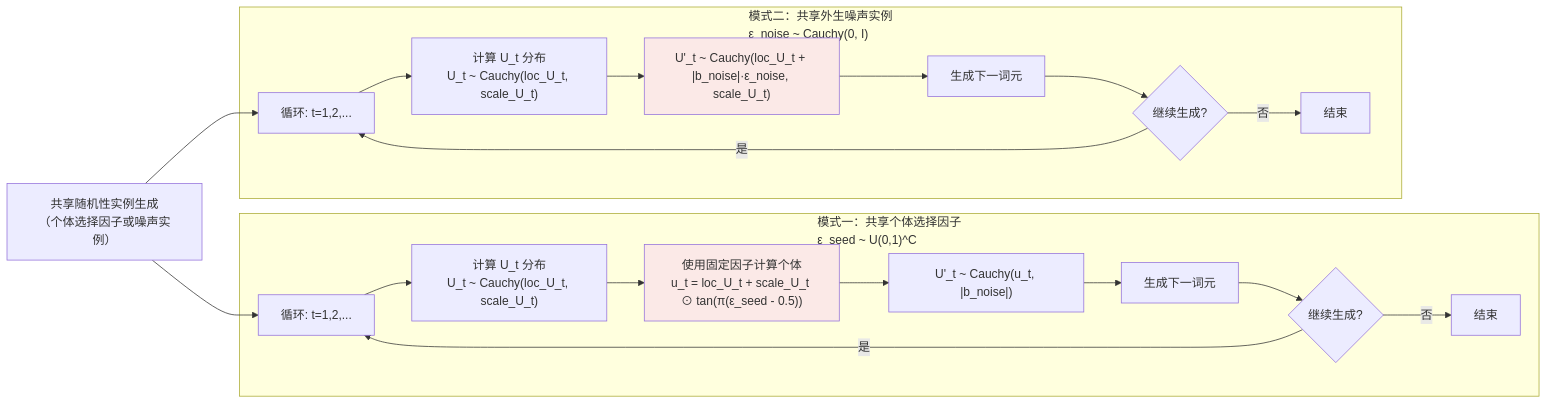
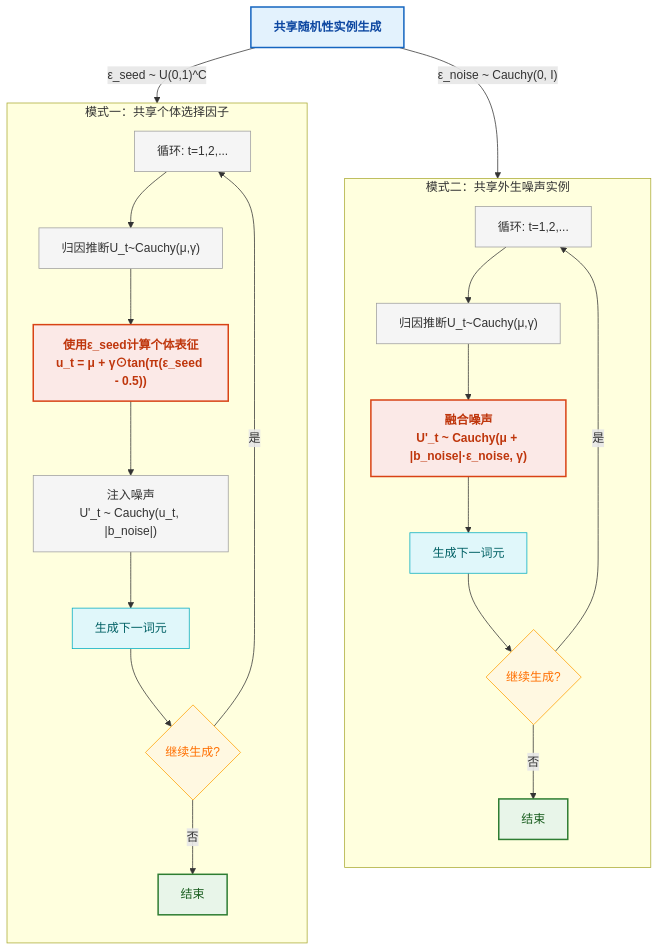
Before and after one commit to 1587causalai/CausalQwen: diagram 12 of 16 in design-docs/causal_qwen_text_only.md, drawn with Mermaid. The commit also changed other lines of this file, not shown here.

````diff
--- a/design-docs/causal_qwen_text_only.md
+++ b/design-docs/causal_qwen_text_only.md
@@ -517,31 +520,57 @@
 ```mermaid
-graph LR
-    start_point["共享随机性实例生成<br>（个体选择因子或噪声实例）"]
-
-    start_point --> C1
-    start_point --> C2
-
-    subgraph "模式一：共享个体选择因子<br>ε_seed ~ U(0,1)^C"
-        C1["循环: t=1,2,..."]
-        C1 --> D1["计算 U_t 分布<br>U_t ~ Cauchy(loc_U_t, scale_U_t)"]
-        D1 --> E1["使用固定因子计算个体<br>u_t = loc_U_t + scale_U_t ⊙ tan(π(ε_seed - 0.5))"]
-        E1 --> F1["U'_t ~ Cauchy(u_t, |b_noise|)"]
-        F1 --> G1["生成下一词元"]
-        G1 --> H1{继续生成?}
+graph TB
+    %% 改进的流程图布局 - 从上到下的方向更清晰
+    
+    start_point["共享随机性实例生成"]:::startNode
+    
+    start_point --> |"ε_seed ~ U(0,1)^C"| mode1
+    start_point --> |"ε_noise ~ Cauchy(0, I)"| mode2
+    
+    subgraph mode1 ["模式一：共享个体选择因子"]
+        direction TB
+        C1["循环: t=1,2,..."]:::processNode
+        D1["归因推断U_t~Cauchy(μ,γ)"]:::processNode
+        E1["使用ε_seed计算个体表征<br>u_t = μ + γ⊙tan(π(ε_seed - 0.5))"]:::highlightNode
+        F1["注入噪声<br>U'_t ~ Cauchy(u_t, |b_noise|)"]:::processNode
+        G1["生成下一词元"]:::outputNode
+        H1{"继续生成?"}:::decisionNode
+        I1["结束"]:::endNode
+        
+        C1 --> D1
+        D1 --> E1
+        E1 --> F1
+        F1 --> G1
+        G1 --> H1
         H1 -->|是| C1
-        H1 -->|否| I1["结束"]
+        H1 -->|否| I1
     end
     
-    subgraph "模式二：共享外生噪声实例<br>ε_noise ~ Cauchy(0, I)"
-        C2["循环: t=1,2,..."]
-        C2 --> D2["计算 U_t 分布<br>U_t ~ Cauchy(loc_U_t, scale_U_t)"]
-        D2 --> E2["U'_t ~ Cauchy(loc_U_t + |b_noise|·ε_noise, scale_U_t)"]
-        E2 --> F2["生成下一词元"]
-        F2 --> H2{继续生成?}
+    subgraph mode2 ["模式二：共享外生噪声实例"]
+        direction TB
+        C2["循环: t=1,2,..."]:::processNode
+        D2["归因推断U_t~Cauchy(μ,γ)"]:::processNode
+        E2["融合噪声<br>U'_t ~ Cauchy(μ + |b_noise|·ε_noise, γ)"]:::highlightNode
+        F2["生成下一词元"]:::outputNode
+        H2{"继续生成?"}:::decisionNode
+        I2["结束"]:::endNode
+        
+        C2 --> D2
+        D2 --> E2
+        E2 --> F2
+        F2 --> H2
         H2 -->|是| C2
-        H2 -->|否| I2["结束"]
+        H2 -->|否| I2
     end
     
-    style E1 fill:#fbe9e7
-    style E2 fill:#fbe9e7
+    
+    
+    %% 定义节点样式
+    classDef startNode fill:#e3f2fd,stroke:#1565c0,stroke-width:2px,color:#0d47a1,font-weight:bold
+    classDef endNode fill:#e8f5e9,stroke:#2e7d32,stroke-width:2px,color:#1b5e20
+    classDef processNode fill:#f5f5f5,stroke:#9e9e9e,stroke-width:1px
+    classDef decisionNode fill:#fff8e1,stroke:#ffa000,stroke-width:1px,color:#ff6f00
+    classDef highlightNode fill:#fbe9e7,stroke:#d84315,stroke-width:2px,color:#bf360c,font-weight:bold
+    classDef outputNode fill:#e0f7fa,stroke:#00acc1,stroke-width:1px,color:#006064
+    classDef descriptionNode fill:#f3e5f5,stroke:#8e24aa,stroke-width:1px,color:#4a148c,font-style:italic
+    classDef noteNode fill:#fffde7,stroke:#fbc02d,stroke-width:1px,color:#f57f17,font-style:italic,stroke-dasharray:5 5
 ```
````
